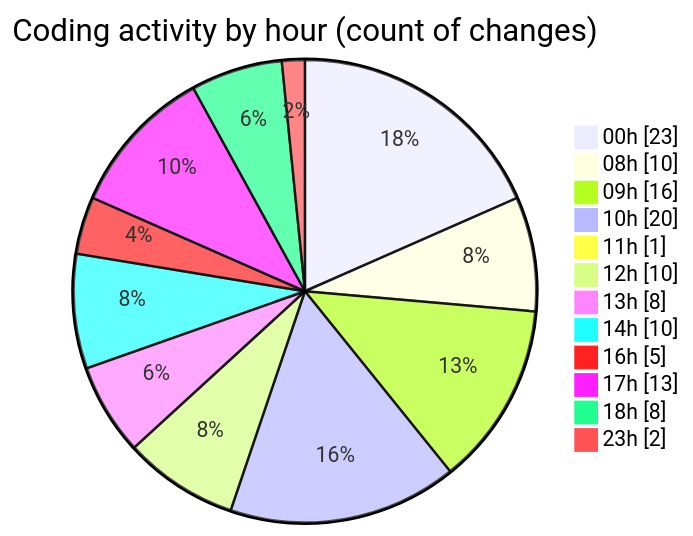
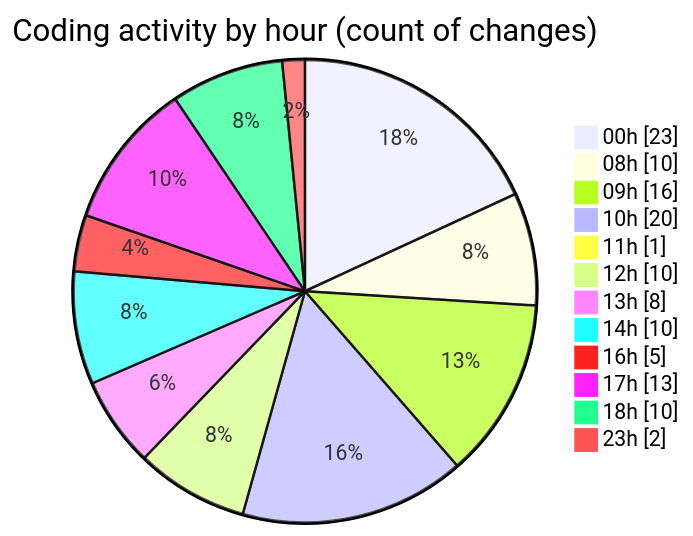
The second of 2 diagrams in 2025-05-29/advertise/README.md (Elitesun/code-tracking), drawn with Mermaid before and after one commit. The commit also changed other lines of this file and 1 other file, not shown here.

````diff
--- a/2025-05-29/advertise/README.md
+++ b/2025-05-29/advertise/README.md
@@ -44,16 +44,16 @@
 ```mermaid
 pie showData
 title Coding activity by hour (count of changes)
 "00h" : 23
 "08h" : 10
 "09h" : 16
 "10h" : 20
 "11h" : 1
 "12h" : 10
 "13h" : 8
 "14h" : 10
 "16h" : 5
 "17h" : 13
-"18h" : 8
+"18h" : 10
 "23h" : 2
 ```
````
